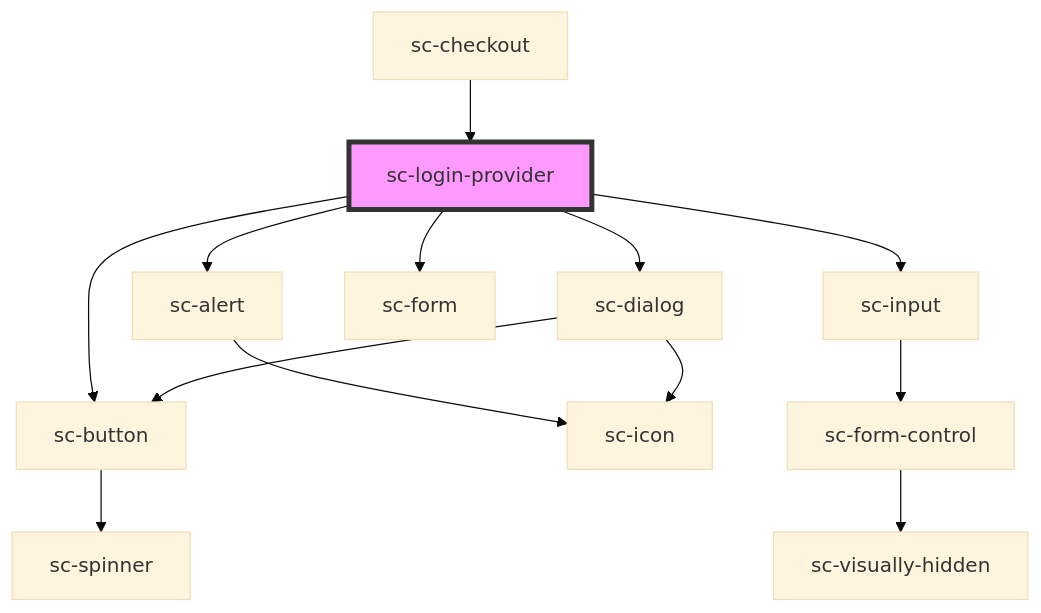
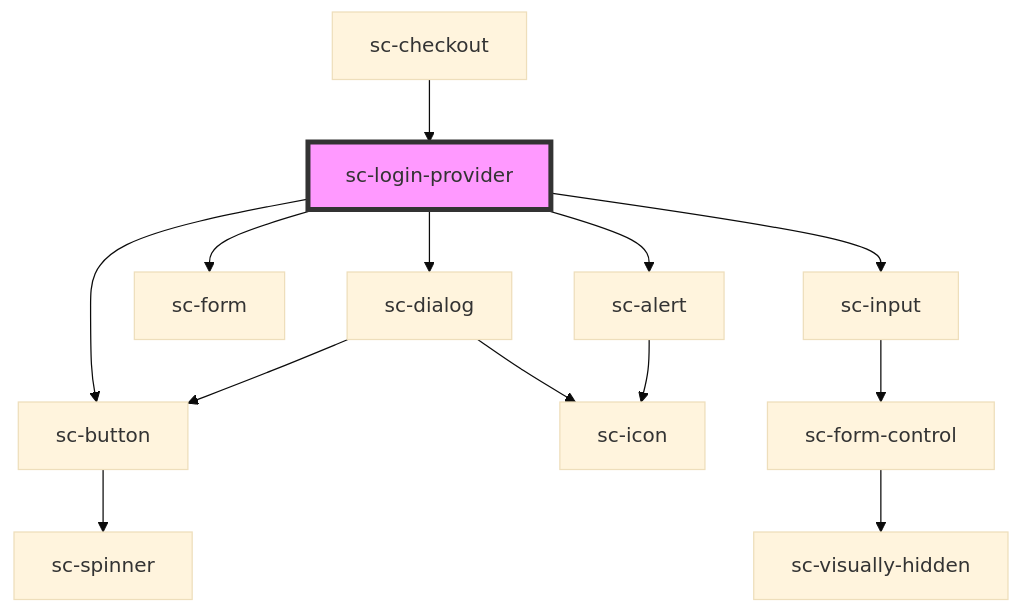
Before and after one commit to surecart/surecart-wp-plugin: the diagram in packages/components/src/components/providers/sc-login-provider/readme.md, drawn with Mermaid (base theme). The commit also changed other lines of this file and 22 other files, not shown here.

````diff
--- a/packages/components/src/components/providers/sc-login-provider/readme.md
+++ b/packages/components/src/components/providers/sc-login-provider/readme.md
@@ -39,16 +39,16 @@
 ```mermaid
 graph TD;
-  sc-login-provider --> sc-alert
   sc-login-provider --> sc-dialog
   sc-login-provider --> sc-form
+  sc-login-provider --> sc-alert
   sc-login-provider --> sc-input
   sc-login-provider --> sc-button
-  sc-alert --> sc-icon
   sc-dialog --> sc-button
   sc-dialog --> sc-icon
   sc-button --> sc-spinner
+  sc-alert --> sc-icon
   sc-input --> sc-form-control
   sc-form-control --> sc-visually-hidden
   sc-checkout --> sc-login-provider
   style sc-login-provider fill:#f9f,stroke:#333,stroke-width:4px
 ```
````
